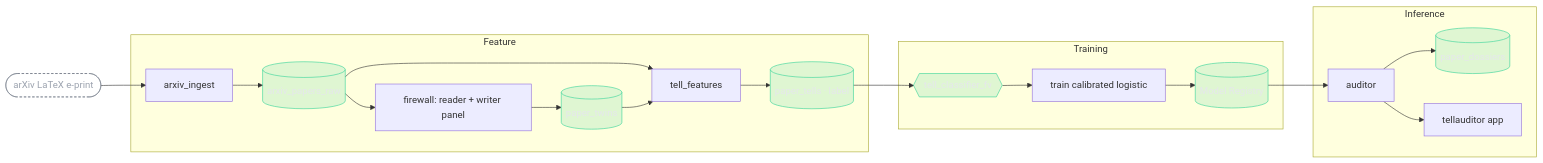
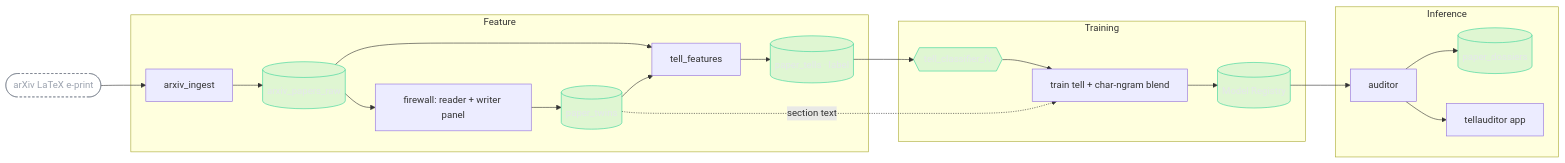
One commit to MagicLex/llm-tell-auditor changed the diagram in README.md. Above: the diagram before and after it, drawn with Mermaid. The commit also changed other lines of this file and 6 other files, not shown here.

First line of the commit message:
model v2: char-ngram blend, held out by paper (ROC-AUC 0.986)

````diff
--- a/README.md
+++ b/README.md
@@ -59,20 +68,21 @@
 ```mermaid
 flowchart LR
     arx([arXiv LaTeX e-print]):::ext
     subgraph FE[Feature]
         f1[arxiv_ingest] --> raw[(arxiv_papers_raw)]:::hops
         raw --> fw[firewall: reader + writer panel] --> twin[(paper_twins)]:::hops
         raw --> tf[tell_features] --> tell[(paper_tells · label)]:::hops
         twin --> tf
     end
     subgraph TR[Training]
-        tell --> fv{{tell_classifier_fv}}:::hops --> t[train calibrated logistic] --> reg[(Model Registry)]:::hops
+        tell --> fv{{tell_classifier_fv}}:::hops --> t[train tell + char-ngram blend] --> reg[(Model Registry)]:::hops
+        twin -. section text .-> t
     end
     subgraph INF[Inference]
         reg --> aud[auditor] --> dos[(paper_dossiers)]:::hops
         aud --> app[tellauditor app]
     end
     arx --> f1
     classDef hops fill:#10b98122,stroke:#34d399,color:#e5e7eb;
     classDef ext fill:none,stroke:#6b7280,color:#9ca3af,stroke-dasharray:4 3;
 ```
````
